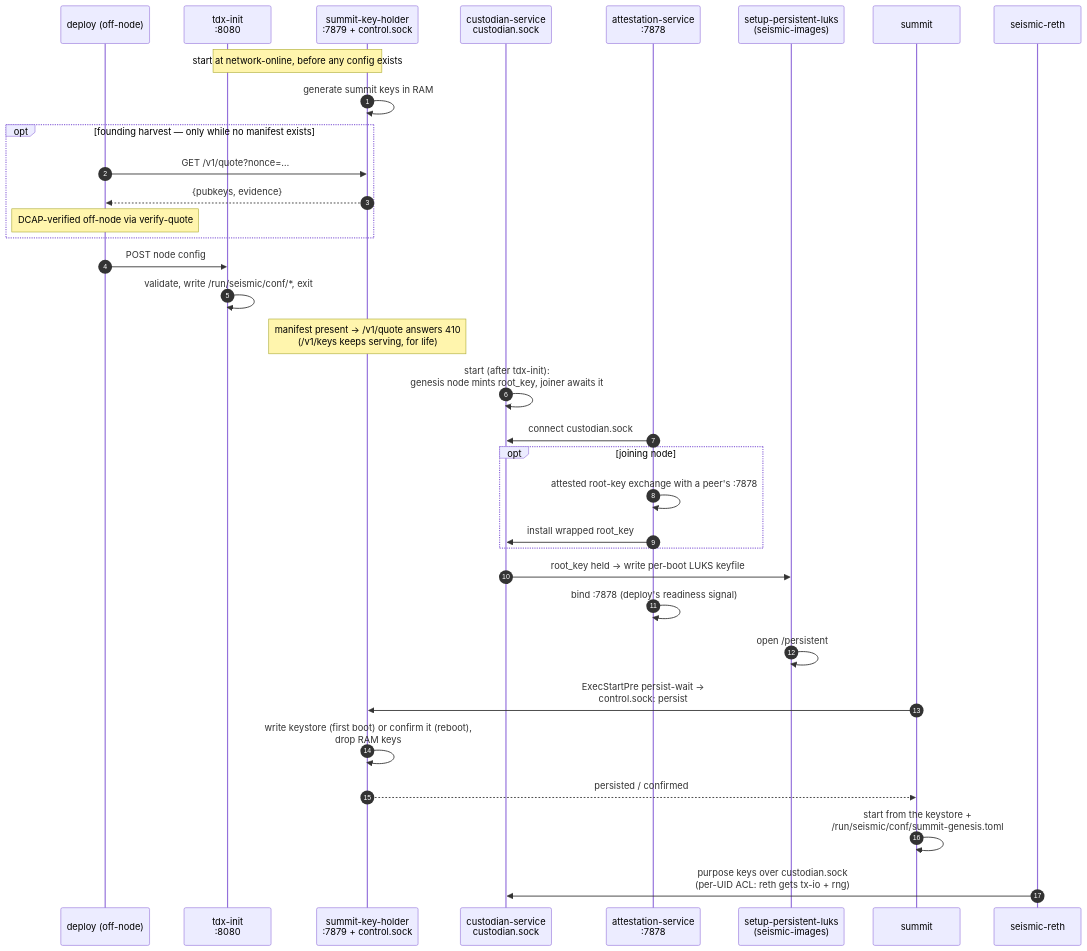
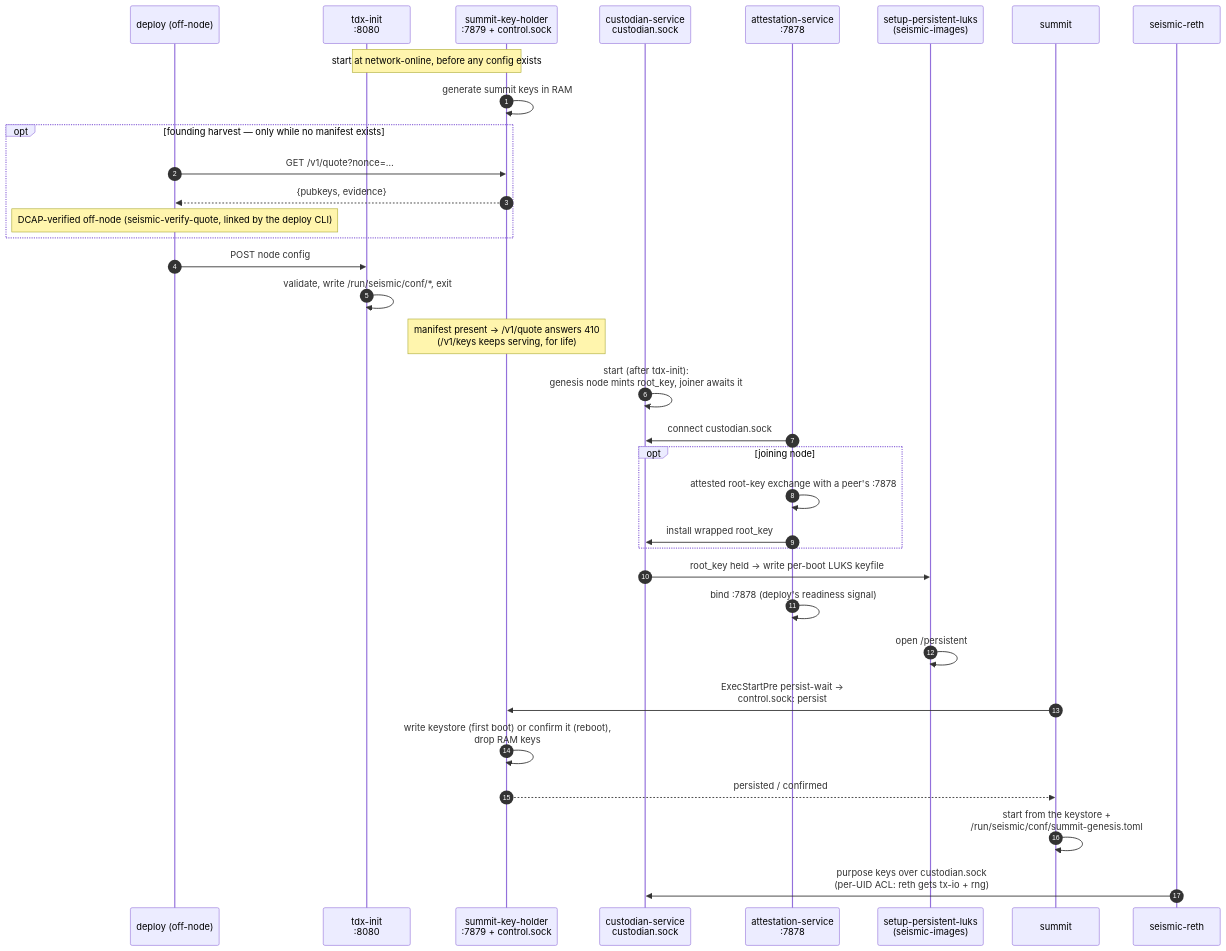
Before and after one commit to SeismicSystems/enclave: the diagram in README.md, drawn with Mermaid. The commit also changed other lines of this file and 25 other files, not shown here.

````diff
--- a/README.md
+++ b/README.md
@@ -47,37 +46,37 @@
 ```mermaid
 sequenceDiagram
     autonumber
     participant D as deploy (off-node)
     participant TI as tdx-init<br/>:8080
     participant KH as summit-key-holder<br/>:7879 + control.sock
     participant CU as custodian-service<br/>custodian.sock
     participant AT as attestation-service<br/>:7878
     participant LU as setup-persistent-luks<br/>(seismic-images)
     participant SU as summit
     participant RE as seismic-reth
 
     Note over TI,KH: start at network-online, before any config exists
     KH->>KH: generate summit keys in RAM
     opt founding harvest — only while no manifest exists
         D->>KH: GET /v1/quote?nonce=…
         KH-->>D: {pubkeys, evidence}
-        Note over D: DCAP-verified off-node via verify-quote
+        Note over D: DCAP-verified off-node (seismic-verify-quote, linked by the deploy CLI)
     end
     D->>TI: POST node config
     TI->>TI: validate, write /run/seismic/conf/*, exit
     Note over KH: manifest present → /v1/quote answers 410<br/>(/v1/keys keeps serving, for life)
     CU->>CU: start (after tdx-init):<br/>genesis node mints root_key, joiner awaits it
     AT->>CU: connect custodian.sock
     opt joining node
         AT->>AT: attested root-key exchange with a peer's :7878
         AT->>CU: install wrapped root_key
     end
     CU->>LU: root_key held → write per-boot LUKS keyfile
     AT->>AT: bind :7878 (deploy's readiness signal)
     LU->>LU: open /persistent
     SU->>KH: ExecStartPre persist-wait →<br/>control.sock: persist
     KH->>KH: write keystore (first boot) or confirm it (reboot),<br/>drop RAM keys
     KH-->>SU: persisted / confirmed
     SU->>SU: start from the keystore +<br/>/run/seismic/conf/summit-genesis.toml
     RE->>CU: purpose keys over custodian.sock<br/>(per-UID ACL: reth gets tx-io + rng)
 ```
````
